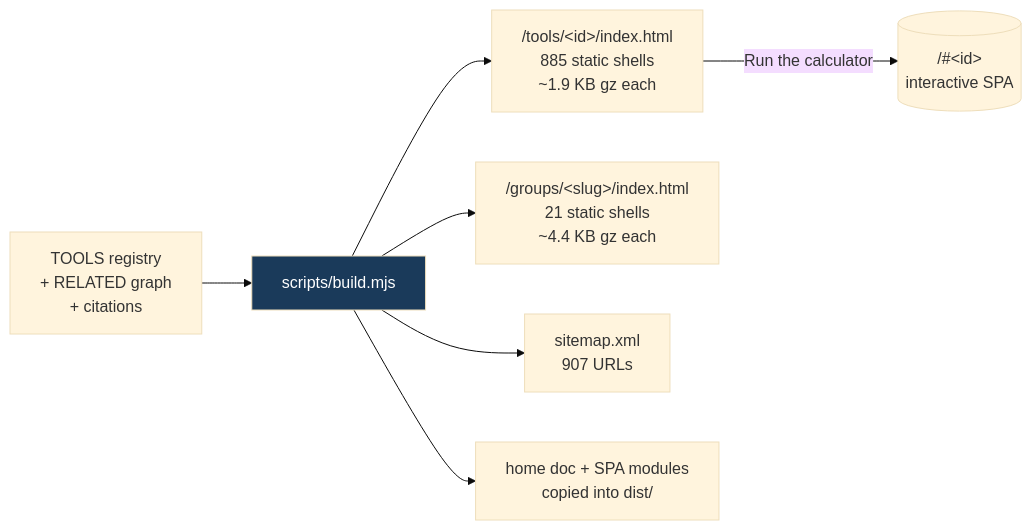
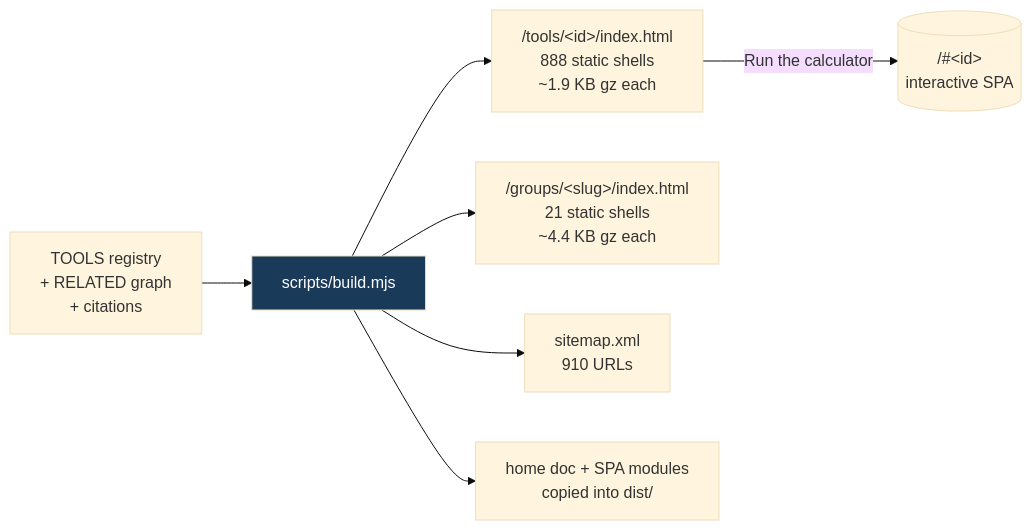
The fifth of 8 diagrams in README.md (clay-good/roughlogic.com), drawn with Mermaid (base theme) before and after one commit. The commit also changed other lines of this file and 20 other files, not shown here.

````diff
--- a/README.md
+++ b/README.md
@@ -495,10 +495,10 @@
 ```mermaid
 flowchart LR
     SRC[TOOLS registry\n+ RELATED graph\n+ citations] --> BUILD[scripts/build.mjs]
-    BUILD --> TILE["/tools/&lt;id&gt;/index.html\n885 static shells\n~1.9 KB gz each"]
+    BUILD --> TILE["/tools/&lt;id&gt;/index.html\n888 static shells\n~1.9 KB gz each"]
     BUILD --> GROUP["/groups/&lt;slug&gt;/index.html\n21 static shells\n~4.4 KB gz each"]
-    BUILD --> MAP["sitemap.xml\n907 URLs"]
+    BUILD --> MAP["sitemap.xml\n910 URLs"]
     BUILD --> COPY[home doc + SPA modules\ncopied into dist/]
     TILE -->|Run the calculator| SPA[("/#&lt;id&gt;\ninteractive SPA")]
     style BUILD fill:#1a3a5a,color:#fff
 ```
````
